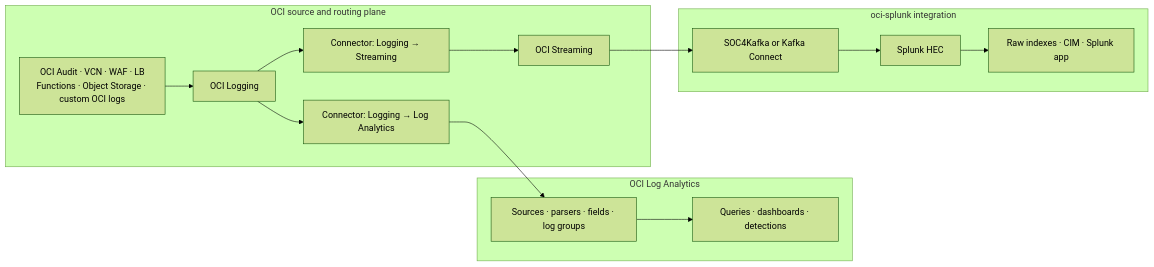
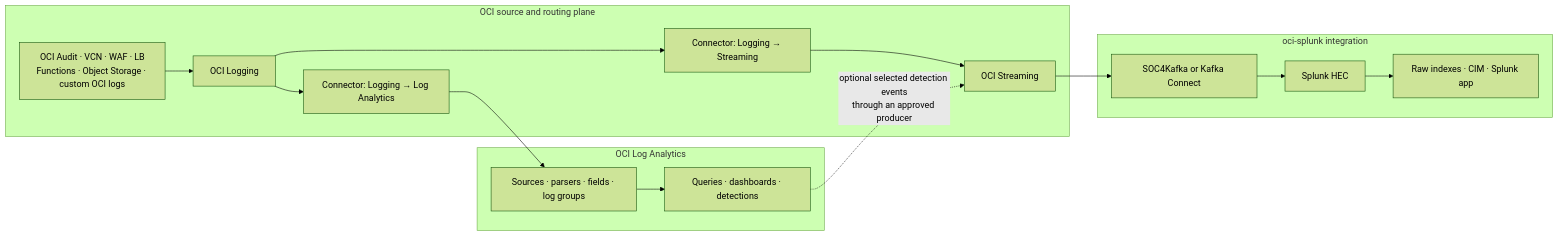
Before and after one commit to adibirzu/oci-log-analytics-detections: the first of 4 diagrams in docs/superpowers/specs/2026-09-02-log-analytics-splunk-parallel-design.md, drawn with Mermaid (forest theme). The commit also changed other lines of this file, not shown here.

Commit message:
docs: fix Splunk Mermaid workflow and streaming path

````diff
--- a/docs/superpowers/specs/2026-09-02-log-analytics-splunk-parallel-design.md
+++ b/docs/superpowers/specs/2026-09-02-log-analytics-splunk-parallel-design.md
@@ -75,25 +75,26 @@
 ```mermaid
 flowchart LR
   subgraph OCI["OCI source and routing plane"]
     SRC["OCI Audit · VCN · WAF · LB<br/>Functions · Object Storage · custom OCI logs"]
     LOG["OCI Logging"]
     LA_CONN["Connector: Logging → Log Analytics"]
     SPL_CONN["Connector: Logging → Streaming"]
     STREAM["OCI Streaming"]
   end
 
   subgraph LA["OCI Log Analytics"]
     PARSE["Sources · parsers · fields · log groups"]
     ANALYZE["Queries · dashboards · detections"]
   end
 
   subgraph SPL["oci-splunk integration"]
     CONSUMER["SOC4Kafka or Kafka Connect"]
     HEC["Splunk HEC"]
     RAW["Raw indexes · CIM · Splunk app"]
   end
 
   SRC --> LOG
   LOG --> LA_CONN --> PARSE --> ANALYZE
   LOG --> SPL_CONN --> STREAM --> CONSUMER --> HEC --> RAW
+  ANALYZE -. "optional selected detection events<br/>through an approved producer" .-> STREAM
 ```
````
